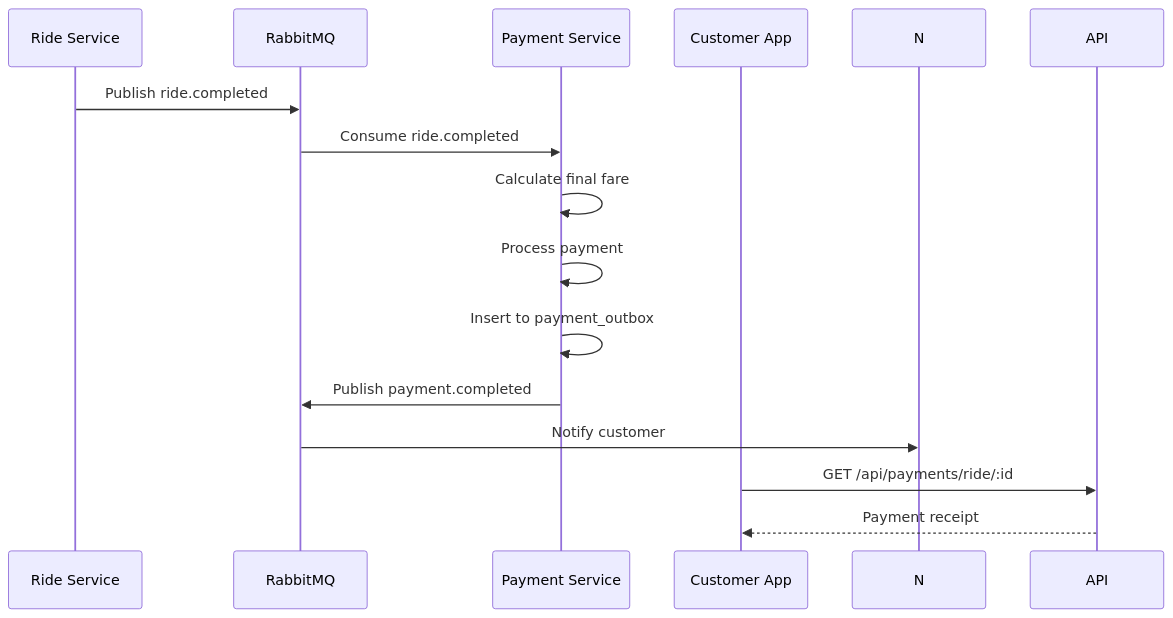
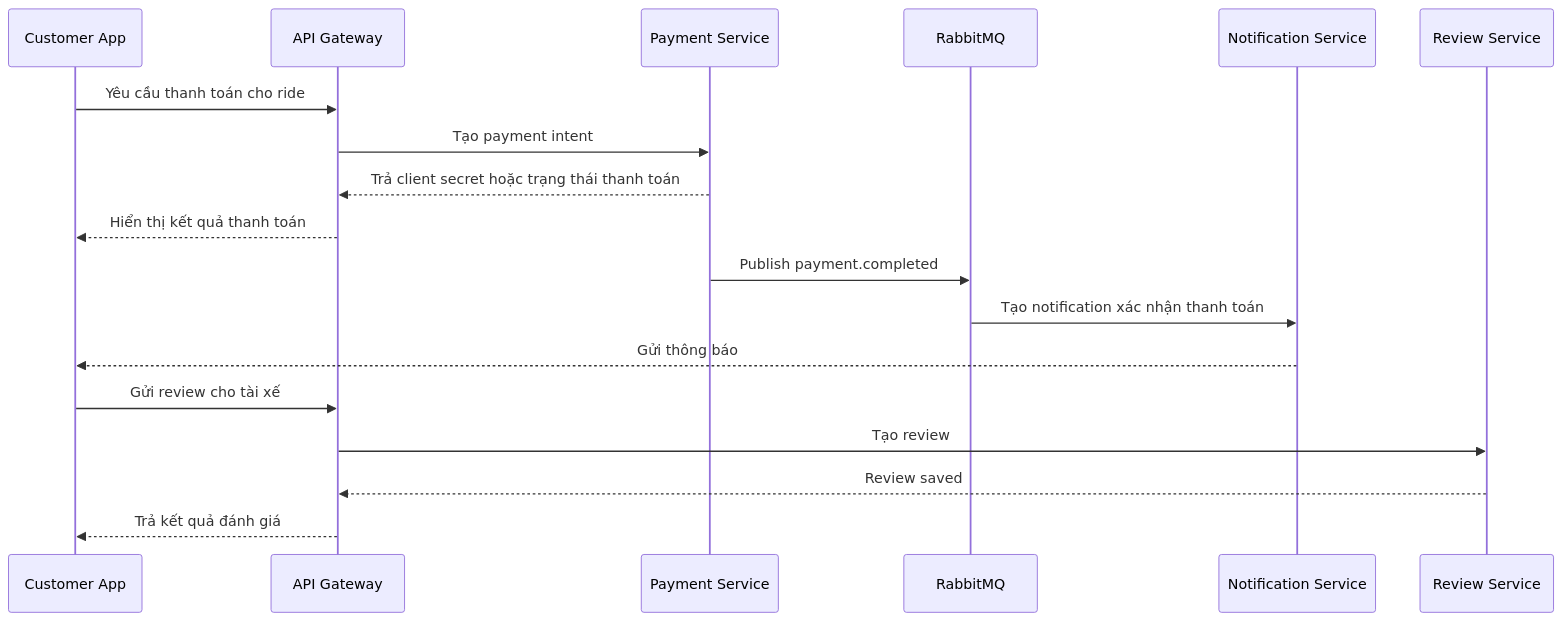
Before and after one commit to foxxiee04/Cab-Booking-System-Project: the fifth of 6 diagrams in README.md, drawn with Mermaid. The commit also changed other lines of this file and 7 other files, not shown here.

````diff
--- a/README.md
+++ b/README.md
@@ -741,17 +302,23 @@
 ```mermaid
 sequenceDiagram
-    participant R as Ride Service
+    participant C as Customer App
+    participant G as API Gateway
+    participant Pay as Payment Service
     participant MQ as RabbitMQ
-    participant P as Payment Service
-    participant C as Customer App
+    participant N as Notification Service
+    participant Rev as Review Service
 
-    R->>MQ: Publish ride.completed
-    MQ->>P: Consume ride.completed
-    P->>P: Calculate final fare
-    P->>P: Process payment
-    P->>P: Insert to payment_outbox
-    P->>MQ: Publish payment.completed
-    MQ->>N: Notify customer
-    C->>API: GET /api/payments/ride/:id
-    API-->>C: Payment receipt
+    C->>G: Yêu cầu thanh toán cho ride
+    G->>Pay: Tạo payment intent
+    Pay-->>G: Trả client secret hoặc trạng thái thanh toán
+    G-->>C: Hiển thị kết quả thanh toán
+
+    Pay->>MQ: Publish payment.completed
+    MQ->>N: Tạo notification xác nhận thanh toán
+    N-->>C: Gửi thông báo
+
+    C->>G: Gửi review cho tài xế
+    G->>Rev: Tạo review
+    Rev-->>G: Review saved
+    G-->>C: Trả kết quả đánh giá
 ```
````
